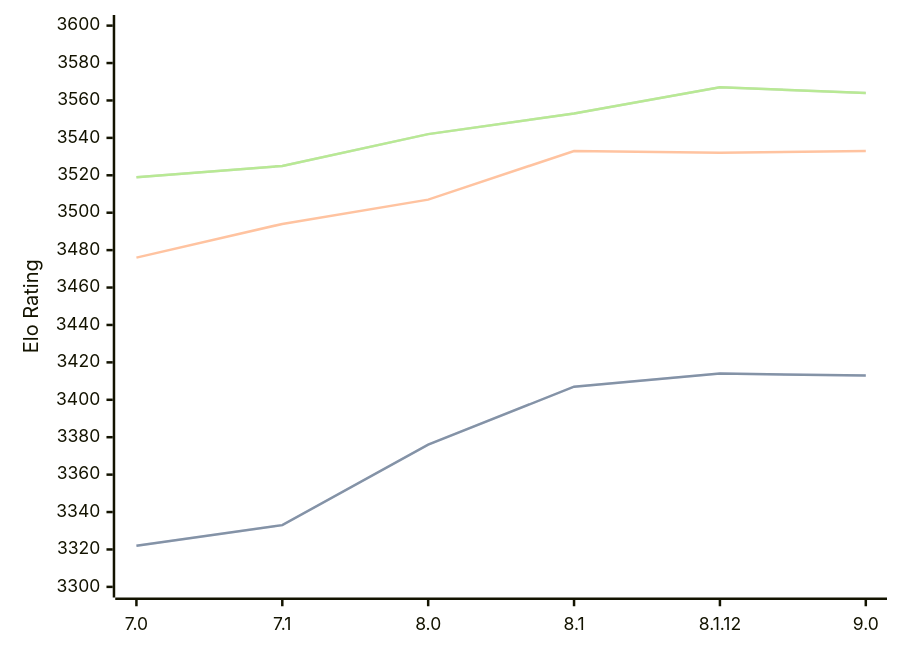
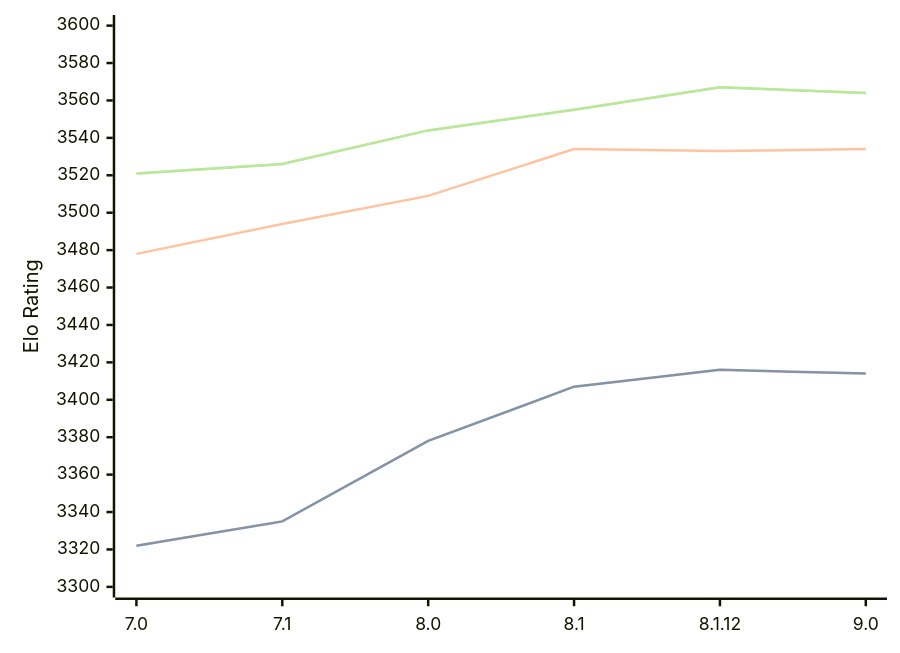
Before and after one commit to computer-chess-index/cci: the diagram in engines/Alexandria.md, drawn with Mermaid. The commit also changed other lines of this file, not shown here.

Commit message:
Update CCI Ratings (ELO VLTC) - 2026-07-23

````diff
--- a/engines/Alexandria.md
+++ b/engines/Alexandria.md
@@ -55,11 +55,11 @@
 ```mermaid
 %%{init: {"theme":"base","themeVariables":{"seriesColors:['#a3a3a3','#222221','#faa371']}}}%%
 xychart-beta
   x-axis ["7.0", "7.1", "8.0", "8.1", "8.1.12", "9.0"]
   y-axis "Elo Rating" 3300 --> 3600
-  line "STC (8.0+0.08s)" [3322, 3333, 3376, 3407, 3414, 3413]
-  line "STC (8.0+0.08s)" [3322, 3333, 3376, 3407, 3414, 3413]
-  line "LTC (60.0+0.60s)" [3476, 3494, 3507, 3533, 3532, 3533]
-  line "VLTC (2m24s+1.12s)" [3519, 3525, 3542, 3553, 3567, 3564]
-  line "VLTC (2m24s+1.12s)" [3519, 3525, 3542, 3553, 3567, 3564]
+  line "STC (8.0+0.08s)" [3322, 3335, 3378, 3407, 3416, 3414]
+  line "STC (8.0+0.08s)" [3322, 3335, 3378, 3407, 3416, 3414]
+  line "LTC (60.0+0.60s)" [3478, 3494, 3509, 3534, 3533, 3534]
+  line "VLTC (2m24s+1.12s)" [3521, 3526, 3544, 3555, 3567, 3564]
+  line "VLTC (2m24s+1.12s)" [3521, 3526, 3544, 3555, 3567, 3564]
 ```
````
